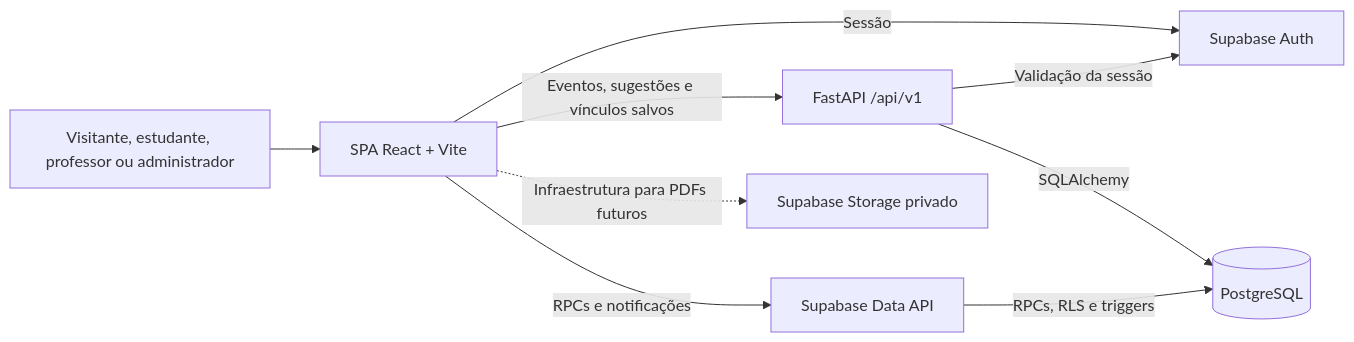
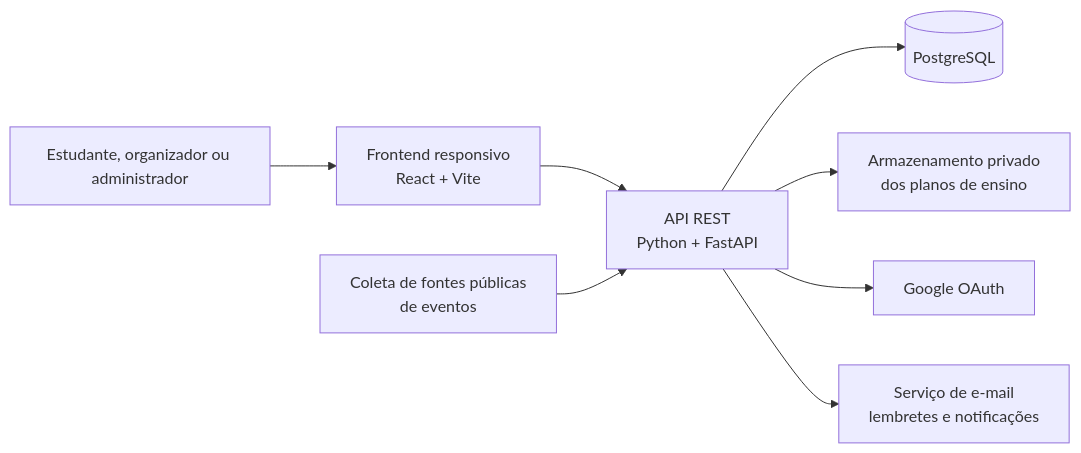
Before and after one commit to unb-mds/2026-2-AgendaUnB: the diagram in docs/Architecture.md, drawn with Mermaid. The commit also changed other lines of this file and 67 other files, not shown here.

````diff
--- a/docs/Architecture.md
+++ b/docs/Architecture.md
@@ -9,11 +13,10 @@
 ```mermaid
 flowchart LR
-    U[Visitante, estudante, professor ou administrador] --> WEB[SPA React + Vite]
-    WEB -->|Eventos, sugestões e vínculos salvos| API[FastAPI /api/v1]
-    WEB -->|Sessão| AUTH[Supabase Auth]
-    WEB -->|RPCs e notificações| DATA[Supabase Data API]
-    API -->|Validação da sessão| AUTH
-    API -->|SQLAlchemy| DB[(PostgreSQL)]
-    DATA -->|RPCs, RLS e triggers| DB
-    WEB -. Infraestrutura para PDFs futuros .-> STORAGE[Supabase Storage privado]
+    U[Estudante, organizador ou administrador] --> WEB[Frontend responsivo<br/>React + Vite]
+    WEB --> API[API REST<br/>Python + FastAPI]
+    API --> DB[(PostgreSQL)]
+    API --> FILES[Armazenamento privado<br/>dos planos de ensino]
+    API --> GOOGLE[Google OAuth]
+    API --> EMAIL[Serviço de e-mail<br/>lembretes e notificações]
+    COLLECTOR[Coleta de fontes públicas<br/>de eventos] --> API
 ```
````
